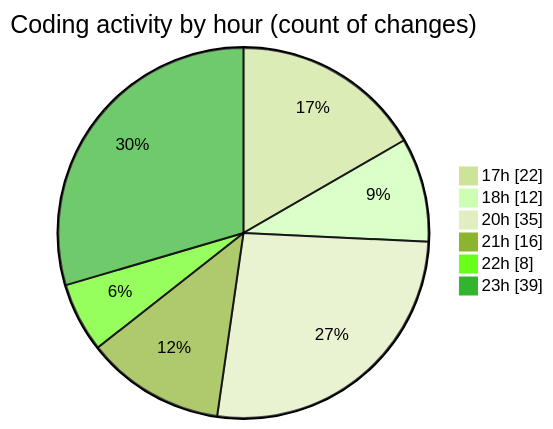
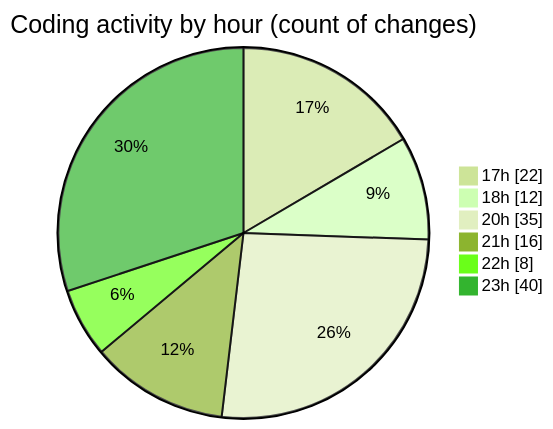
The second of 2 diagrams in 2025-10-30/skintrack/README.md (Netris89/code-tracking), drawn with Mermaid (forest theme) before and after one commit. The commit also changed other lines of this file and 1 other file, not shown here.

````diff
--- a/2025-10-30/skintrack/README.md
+++ b/2025-10-30/skintrack/README.md
@@ -38,10 +39,10 @@
 ```mermaid
 pie showData
 title Coding activity by hour (count of changes)
 "17h" : 22
 "18h" : 12
 "20h" : 35
 "21h" : 16
 "22h" : 8
-"23h" : 39
+"23h" : 40
 ```
````
